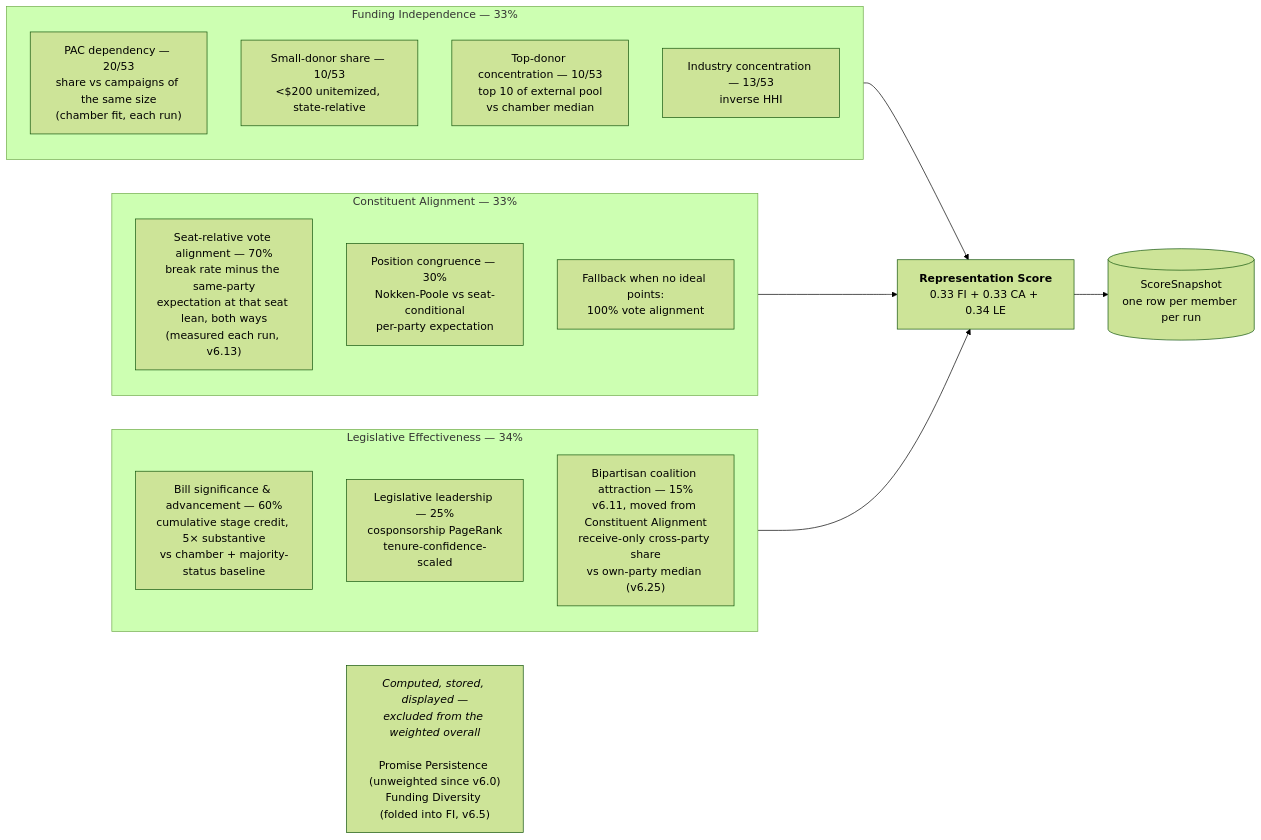
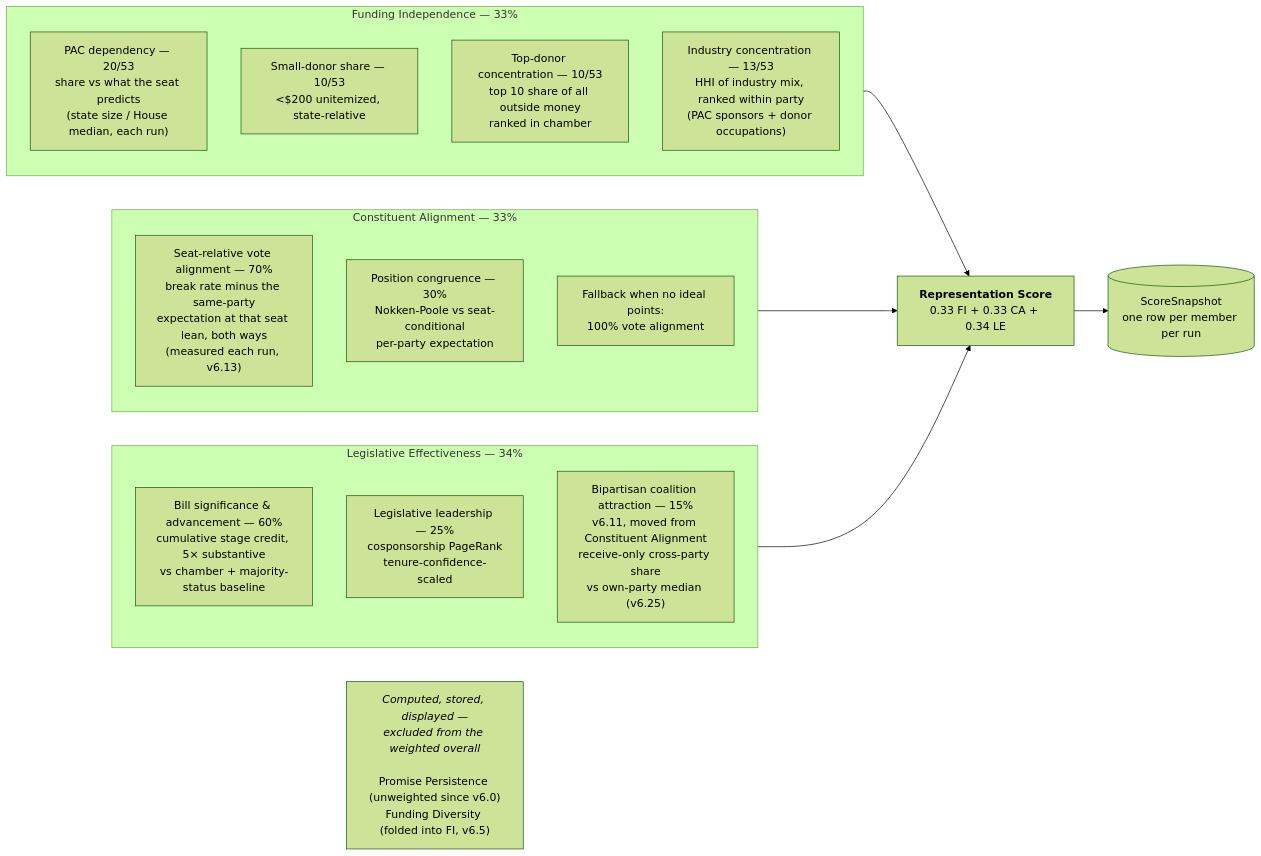
Before and after one commit to kamoras/civitas: the first of 3 diagrams in docs/diagrams/05-scoring.md, drawn with Mermaid (forest theme). The commit also changed 30 other files, not shown here.

````diff
--- a/docs/diagrams/05-scoring.md
+++ b/docs/diagrams/05-scoring.md
@@ -17,29 +17,29 @@
 ```mermaid
 flowchart LR
     subgraph FI["Funding Independence — 33%"]
-        FI1["PAC dependency — 20/53<br/>share vs campaigns of the same size<br/>(chamber fit, each run)"]
+        FI1["PAC dependency — 20/53<br/>share vs what the seat predicts<br/>(state size / House median, each run)"]
         FI2["Small-donor share — 10/53<br/>&lt;$200 unitemized, state-relative"]
-        FI3["Top-donor concentration — 10/53<br/>top 10 of external pool<br/>vs chamber median"]
-        FI5["Industry concentration — 13/53<br/>inverse HHI"]
+        FI3["Top-donor concentration — 10/53<br/>top 10 share of all outside money<br/>ranked in chamber"]
+        FI5["Industry concentration — 13/53<br/>HHI of industry mix, ranked within party<br/>(PAC sponsors + donor occupations)"]
     end
 
     subgraph CA["Constituent Alignment — 33%"]
         CA1["Seat-relative vote alignment — 70%<br/>break rate minus the same-party<br/>expectation at that seat lean, both ways<br/>(measured each run, v6.13)"]
         CA2["Position congruence — 30%<br/>Nokken-Poole vs seat-conditional<br/>per-party expectation"]
         CA3["Fallback when no ideal points:<br/>100% vote alignment"]
     end
 
     subgraph LE["Legislative Effectiveness — 34%"]
         LE1["Bill significance &amp; advancement — 60%<br/>cumulative stage credit, 5× substantive<br/>vs chamber + majority-status baseline"]
         LE2["Legislative leadership — 25%<br/>cosponsorship PageRank<br/>tenure-confidence-scaled"]
         LE3["Bipartisan coalition attraction — 15%<br/>v6.11, moved from Constituent Alignment<br/>receive-only cross-party share<br/>vs own-party median (v6.25)"]
     end
 
     FI --> OVERALL["<b>Representation Score</b><br/>0.33 FI + 0.33 CA + 0.34 LE"]
     CA --> OVERALL
     LE --> OVERALL
 
     OVERALL --> SNAP[("ScoreSnapshot<br/>one row per member per run")]
 
     UNW["<i>Computed, stored, displayed —<br/>excluded from the weighted overall</i><br/><br/>Promise Persistence (unweighted since v6.0)<br/>Funding Diversity (folded into FI, v6.5)"]
 ```
````
